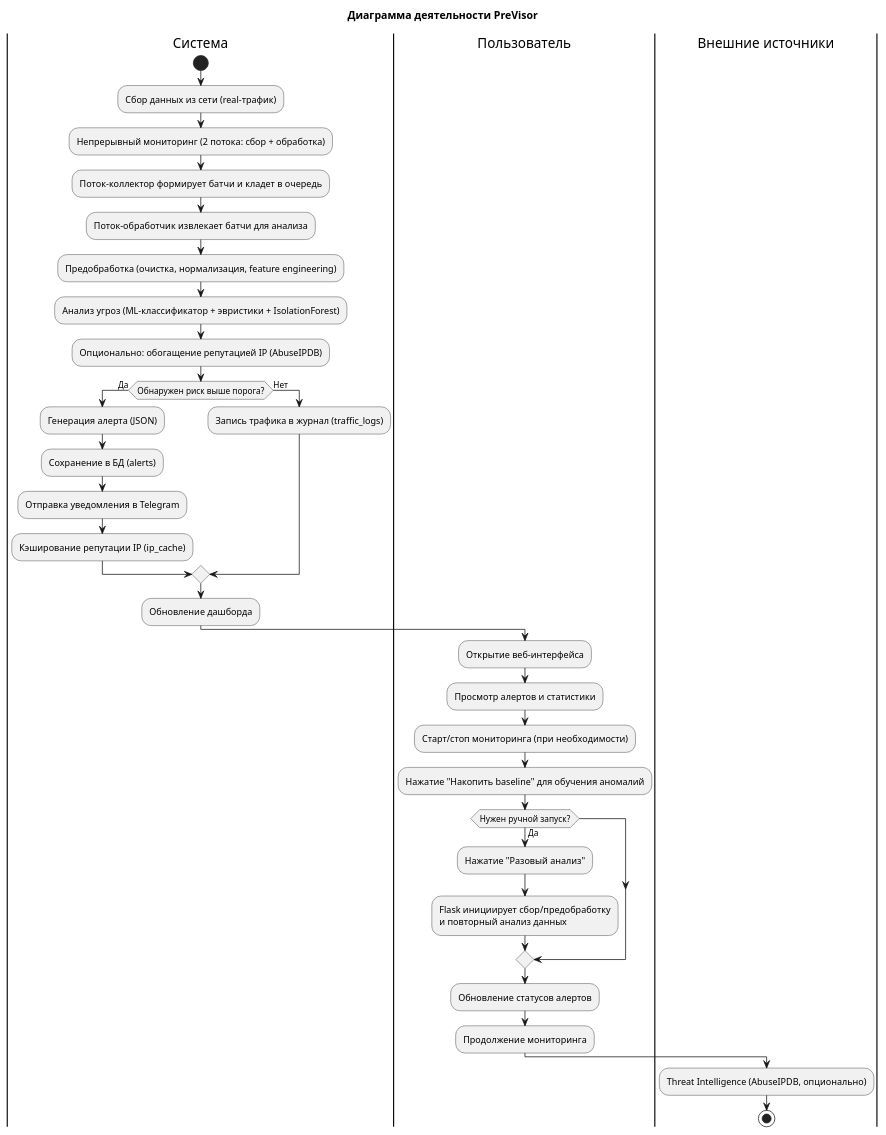
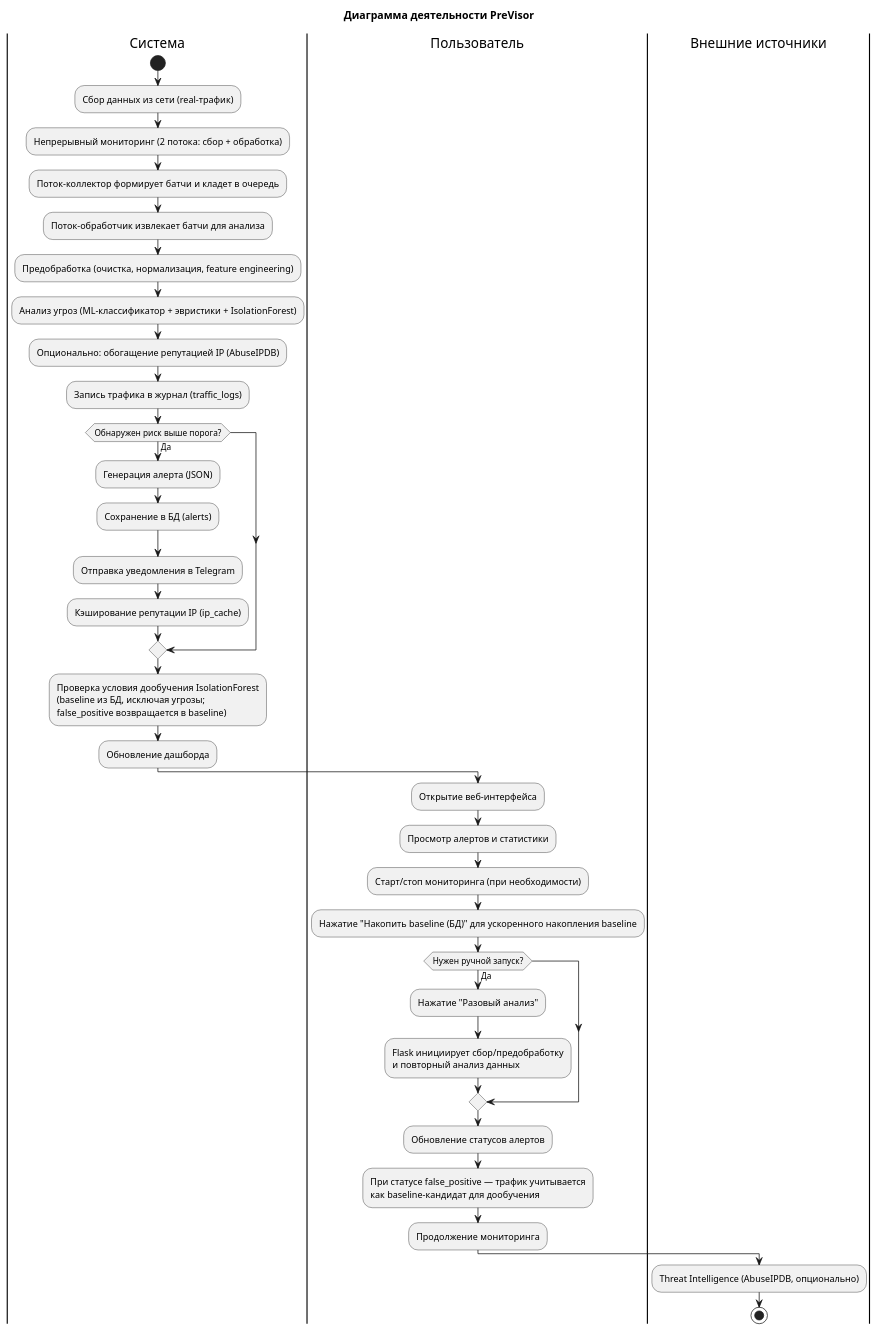
One commit to k00000tek/previsor changed the diagram in static/previsor_activity_diagram.puml. Above: the diagram before and after it, drawn with PlantUML. The commit also changed 34 other files, not shown here.

```diff
--- a/static/previsor_activity_diagram.puml
+++ b/static/previsor_activity_diagram.puml
@@ -1,42 +1,43 @@
 @startuml
 'https://plantuml.com/activity-diagram
 title Диаграмма деятельности PreVisor
 
 |Система|
 start
 :Сбор данных из сети (real-трафик);
 :Непрерывный мониторинг (2 потока: сбор + обработка);
 :Поток-коллектор формирует батчи и кладет в очередь;
 :Поток-обработчик извлекает батчи для анализа;
 :Предобработка (очистка, нормализация, feature engineering);
 :Анализ угроз (ML-классификатор + эвристики + IsolationForest);
 :Опционально: обогащение репутацией IP (AbuseIPDB);
+:Запись трафика в журнал (traffic_logs);
 
 if (Обнаружен риск выше порога?) then (Да)
   :Генерация алерта (JSON);
   :Сохранение в БД (alerts);
   :Отправка уведомления в Telegram;
   :Кэширование репутации IP (ip_cache);
-else (Нет)
-  :Запись трафика в журнал (traffic_logs);
 endif
+:Проверка условия дообучения IsolationForest\n(baseline из БД, исключая угрозы;\nfalse_positive возвращается в baseline);
 :Обновление дашборда;
 
 |Пользователь|
 :Открытие веб-интерфейса;
 :Просмотр алертов и статистики;
 :Старт/стоп мониторинга (при необходимости);
-:Нажатие "Накопить baseline" для обучения аномалий;
+:Нажатие "Накопить baseline (БД)" для ускоренного накопления baseline;
 if (Нужен ручной запуск?) then (Да)
   :Нажатие "Разовый анализ";
   :Flask инициирует сбор/предобработку
   и повторный анализ данных;
 endif
 :Обновление статусов алертов;
+:При статусе false_positive — трафик учитывается\nкак baseline-кандидат для дообучения;
 :Продолжение мониторинга;
 
 |Внешние источники|
 :Threat Intelligence (AbuseIPDB, опционально);
 
 stop
 @enduml
```
